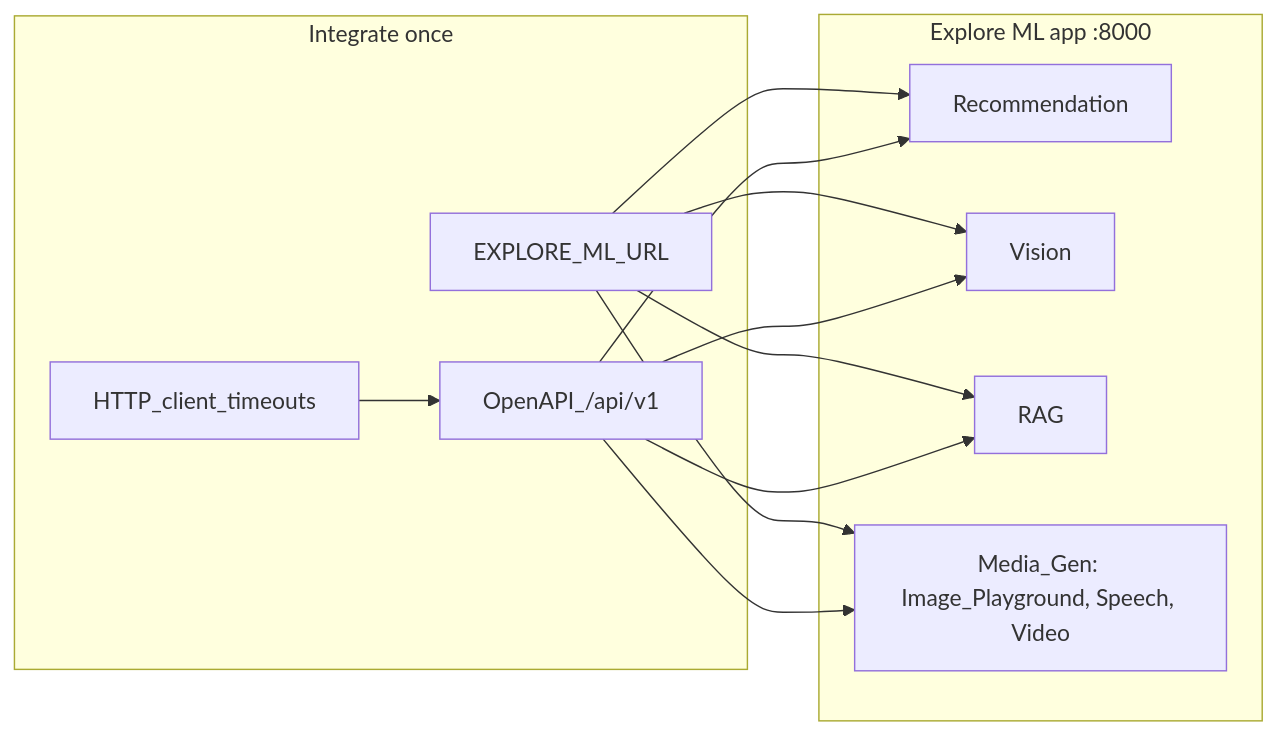
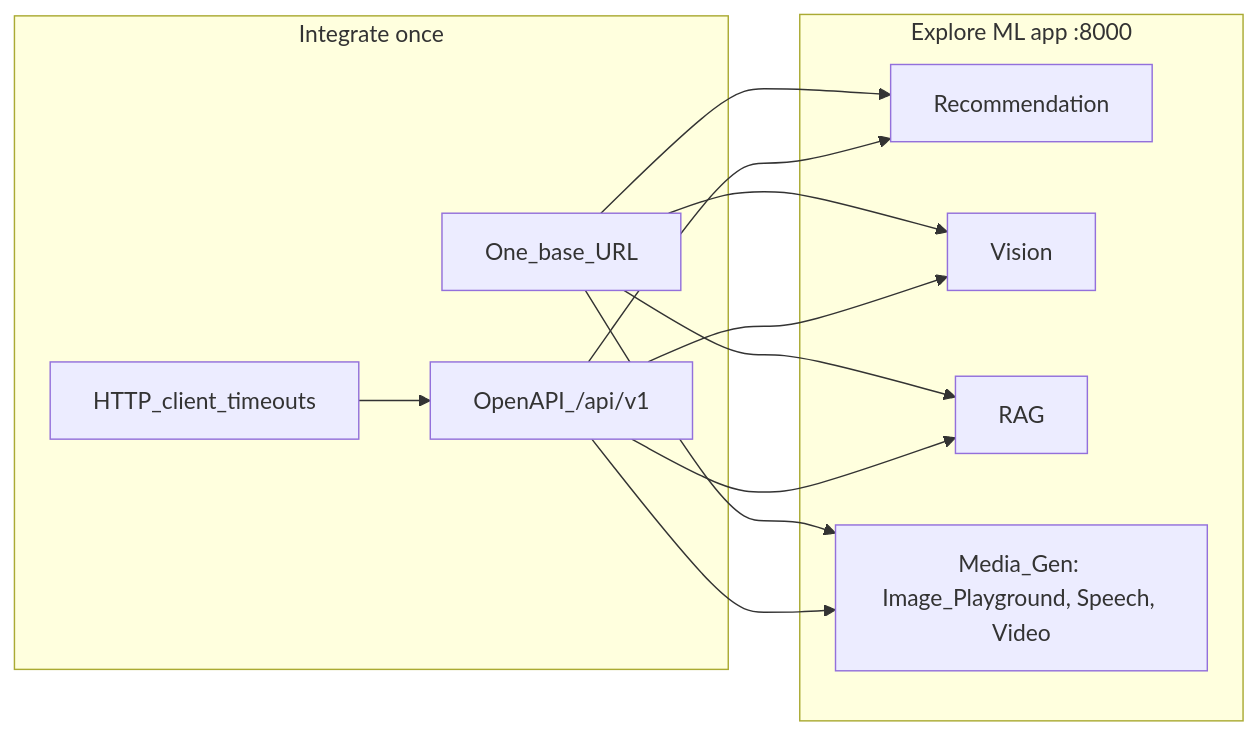
The first of 23 diagrams in docs/Guideline.md (felixzhu97/explore-ml), drawn with Mermaid before and after one commit. The commit also changed other lines of this file and 22 other files, not shown here.

````diff
--- a/docs/Guideline.md
+++ b/docs/Guideline.md
@@ -22,23 +22,23 @@
 ```mermaid
 flowchart LR
   subgraph integrate [Integrate once]
-    Env[EXPLORE_ML_URL]
+    Env[One_base_URL]
     Client[HTTP_client_timeouts]
     Contract[OpenAPI_/api/v1]
   end
   subgraph app [Explore ML app :8000]
     Rec[Recommendation]
     Vis[Vision]
     Rag[RAG]
     Media["Media_Gen: Image_Playground, Speech, Video"]
   end
   Env --> Rec
   Env --> Vis
   Env --> Rag
   Env --> Media
   Client --> Contract
   Contract --> Rec
   Contract --> Vis
   Contract --> Rag
   Contract --> Media
 ```
````
